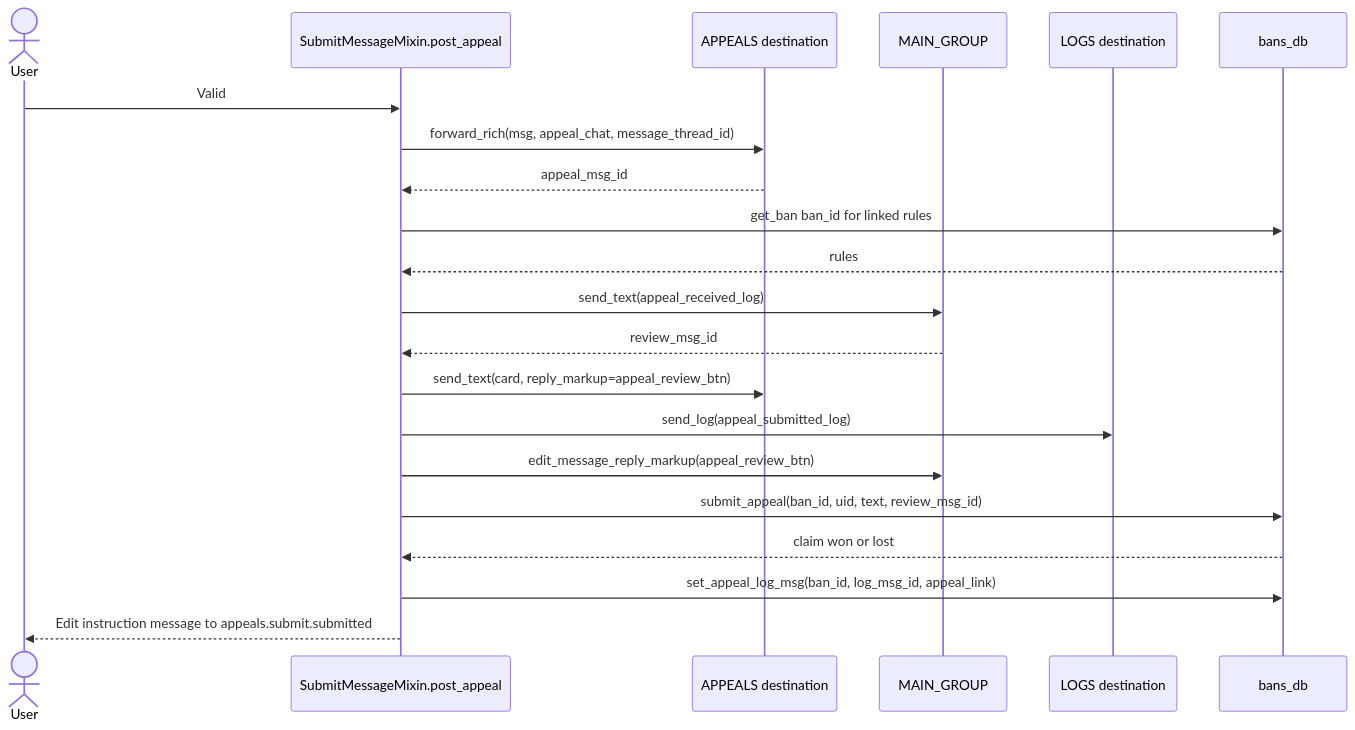
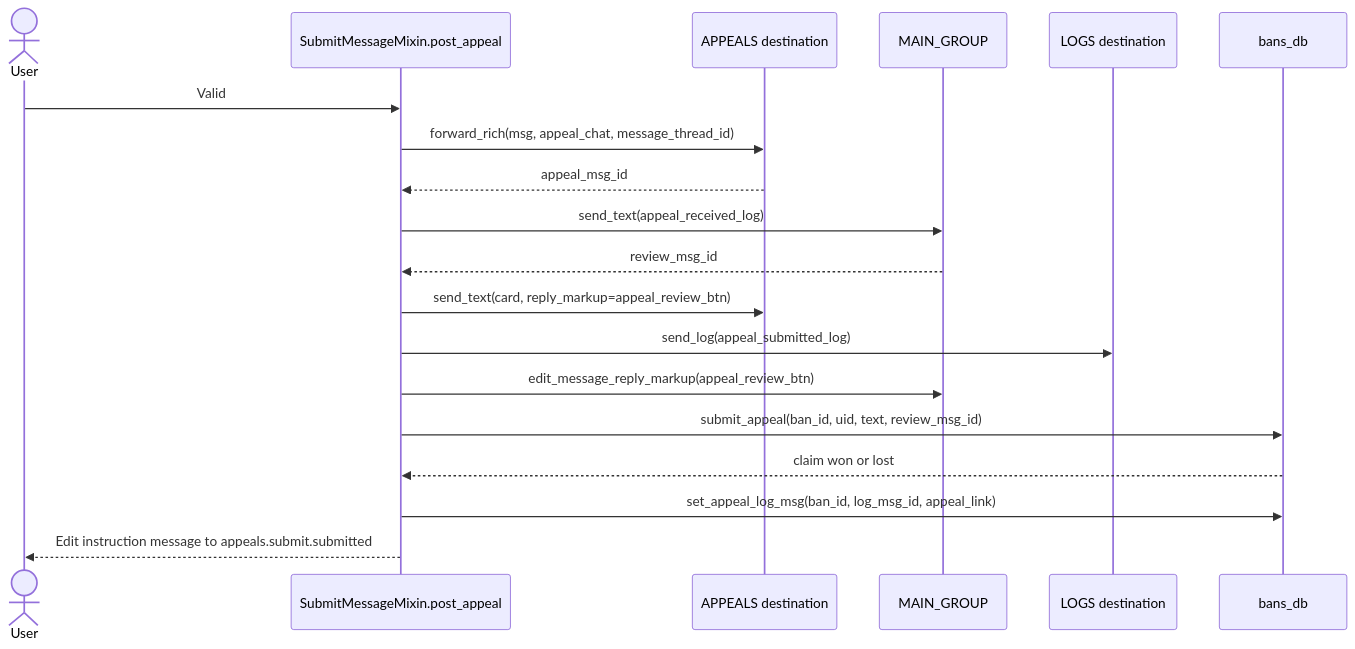
Before and after one commit to D1ZZY4/tcbot: the second of 4 diagrams in docs/flows/appeals.md, drawn with Mermaid. The commit also changed other lines of this file and 62 other files, not shown here.

````diff
--- a/docs/flows/appeals.md
+++ b/docs/flows/appeals.md
@@ -66,23 +66,21 @@
 ```mermaid
 sequenceDiagram
     actor User
     participant Flow as SubmitMessageMixin.post_appeal
     participant Appeals as APPEALS destination
     participant Group as MAIN_GROUP
     participant Logs as LOGS destination
     participant DB as bans_db
     User->>Flow: Valid #appeal text
     Flow->>Appeals: forward_rich(msg, appeal_chat, message_thread_id)
     Appeals-->>Flow: appeal_msg_id
-    Flow->>DB: get_ban ban_id for linked rules
-    DB-->>Flow: rules
     Flow->>Group: send_text(appeal_received_log)
     Group-->>Flow: review_msg_id
     Flow->>Appeals: send_text(card, reply_markup=appeal_review_btn)
     Flow->>Logs: send_log(appeal_submitted_log)
     Flow->>Group: edit_message_reply_markup(appeal_review_btn)
     Flow->>DB: submit_appeal(ban_id, uid, text, review_msg_id)
     DB-->>Flow: claim won or lost
     Flow->>DB: set_appeal_log_msg(ban_id, log_msg_id, appeal_link)
     Flow-->>User: Edit instruction message to appeals.submit.submitted
 ```
````
